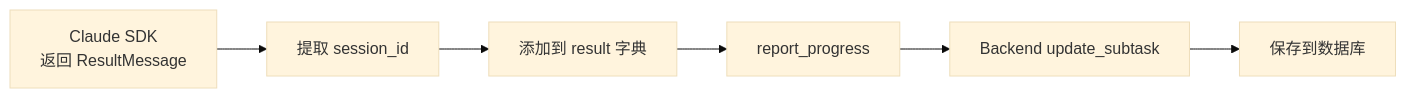
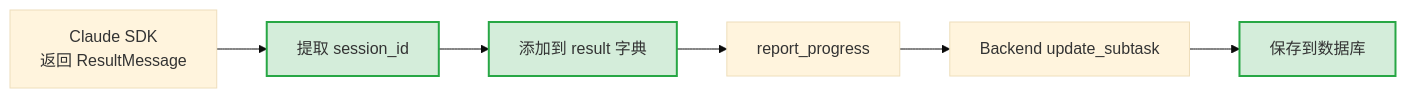
The sixth of 8 diagrams in docs/zh/features/task-restore.md (sunnights/Wegent), drawn with Mermaid (base theme) before and after one commit. The commit also changed other lines of this file and 1 other file, not shown here.

First line of the commit message:
docs: highlight new features in Mermaid diagrams with green styling

````diff
--- a/docs/zh/features/task-restore.md
+++ b/docs/zh/features/task-restore.md
@@ -151,8 +171,10 @@
 ```mermaid
 flowchart LR
-    A[Claude SDK<br/>返回 ResultMessage] --> B[提取 session_id]
-    B --> C[添加到 result 字典]
+    A[Claude SDK<br/>返回 ResultMessage] --> B[提取 session_id]:::new
+    B --> C[添加到 result 字典]:::new
     C --> D[report_progress]
     D --> E[Backend update_subtask]
-    E --> F[保存到数据库]
+    E --> F[保存到数据库]:::new
+
+    classDef new fill:#d4edda,stroke:#28a745,stroke-width:2px
 ```
````
